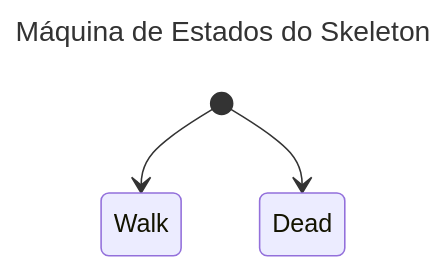
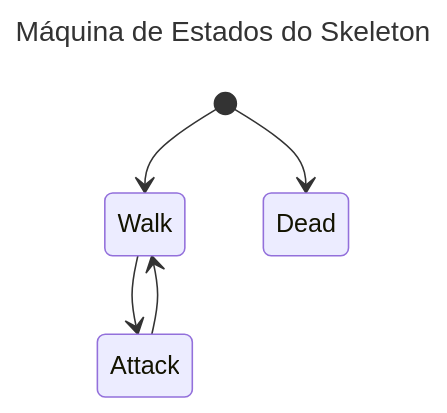
One commit to hebertviana/GameGodotEngine changed the second of 2 diagrams in README.md. Above: the diagram before and after it, drawn with Mermaid. The commit also changed other lines of this file and 11 other files, not shown here.

````diff
--- a/README.md
+++ b/README.md
@@ -38,10 +38,12 @@
 ```mermaid
 ---
 title: Máquina de Estados do Skeleton
 ---
 %%{init: {"theme": "hand-drawn"}}%%
 stateDiagram-v2
-    [*] --> Walk
+	[*] --> Walk
+	Walk --> Attack
+	Attack --> Walk
 	[*] --> Dead
 
 ```
````
